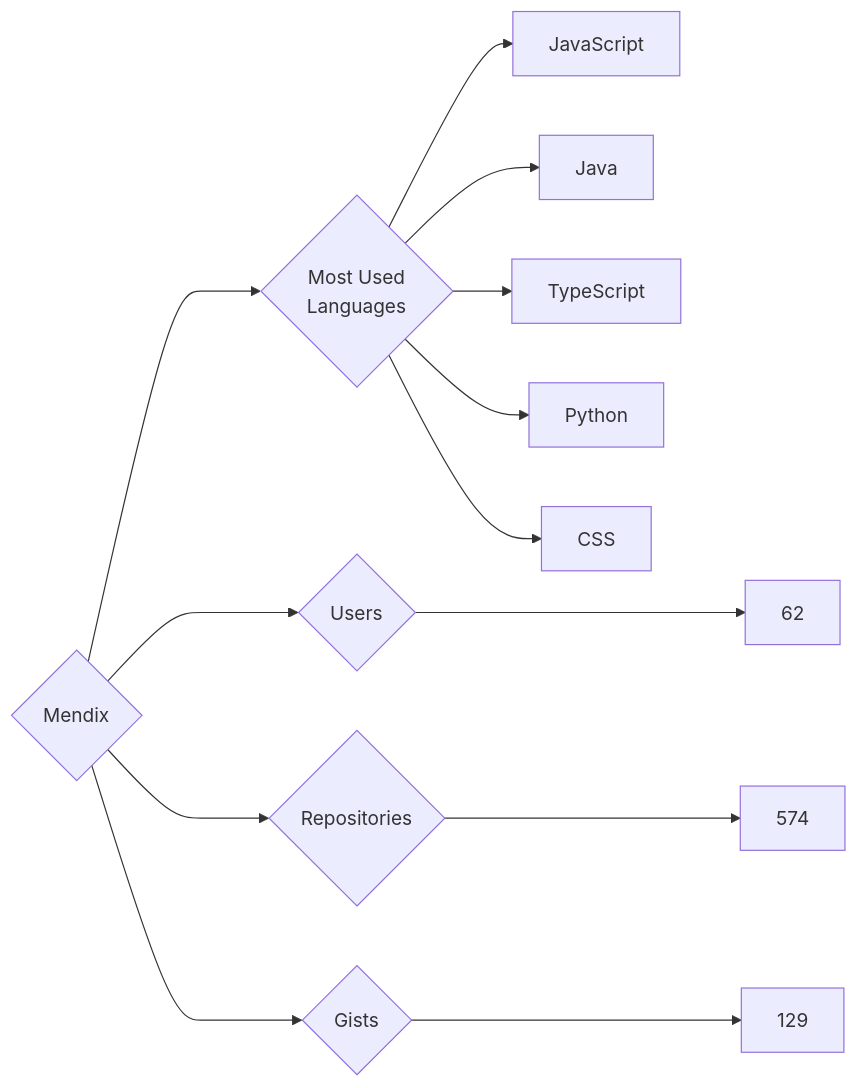
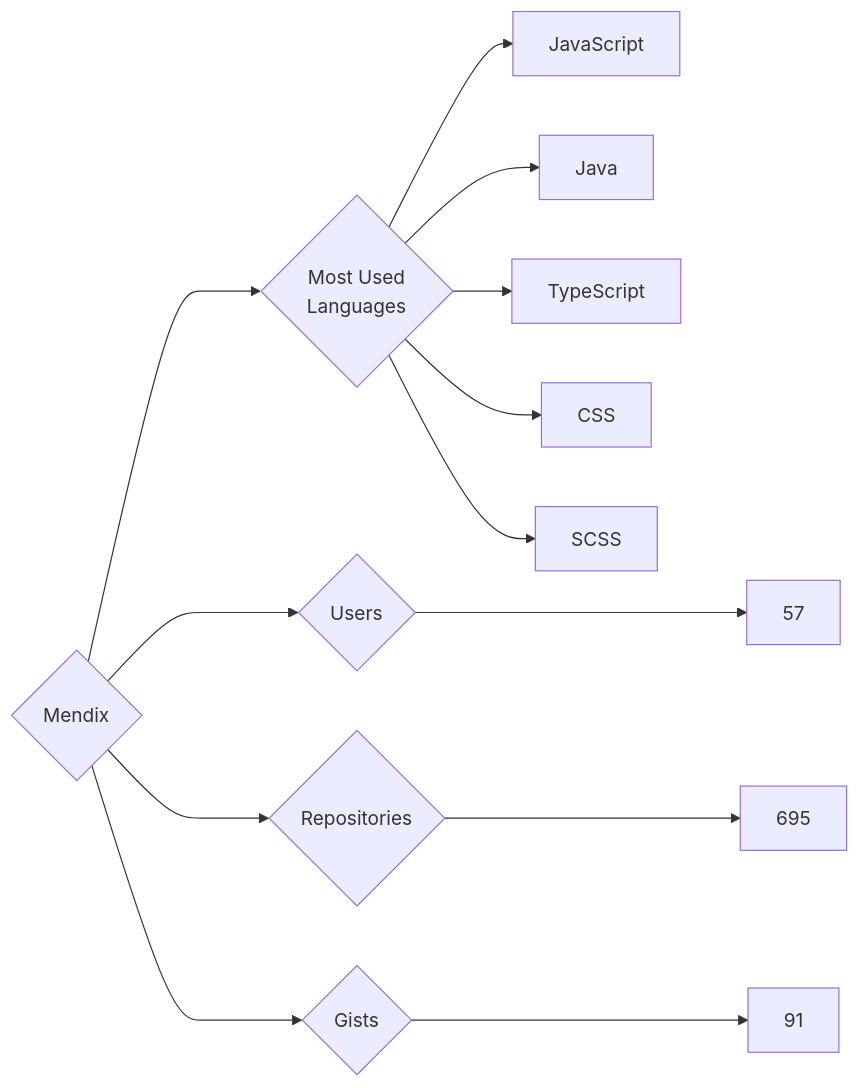
Before and after one commit to trickest/insiders: the diagram in targets/Mendix/README.md, drawn with Mermaid. The commit also changed 903 other files, not shown here.

````diff
--- a/targets/Mendix/README.md
+++ b/targets/Mendix/README.md
@@ -3,13 +3,13 @@
 ```mermaid
 graph LR
 COMPANY_NAME{Mendix}
-COMPANY_NAME ---> U{Users} ---> UN[62]
-COMPANY_NAME ---> R{Repositories} ---> RN[574]
-COMPANY_NAME ---> G{Gists} ---> GN[129]
+COMPANY_NAME ---> U{Users} ---> UN[57]
+COMPANY_NAME ---> R{Repositories} ---> RN[695]
+COMPANY_NAME ---> G{Gists} ---> GN[91]
 COMPANY_NAME ---> ML{Most Used<br>Languages}
 ML --> JavaScript[JavaScript]
 ML --> Java[Java]
 ML --> TypeScript[TypeScript]
-ML --> Python[Python]
 ML --> CSS[CSS]
+ML --> SCSS[SCSS]
 ```
````
